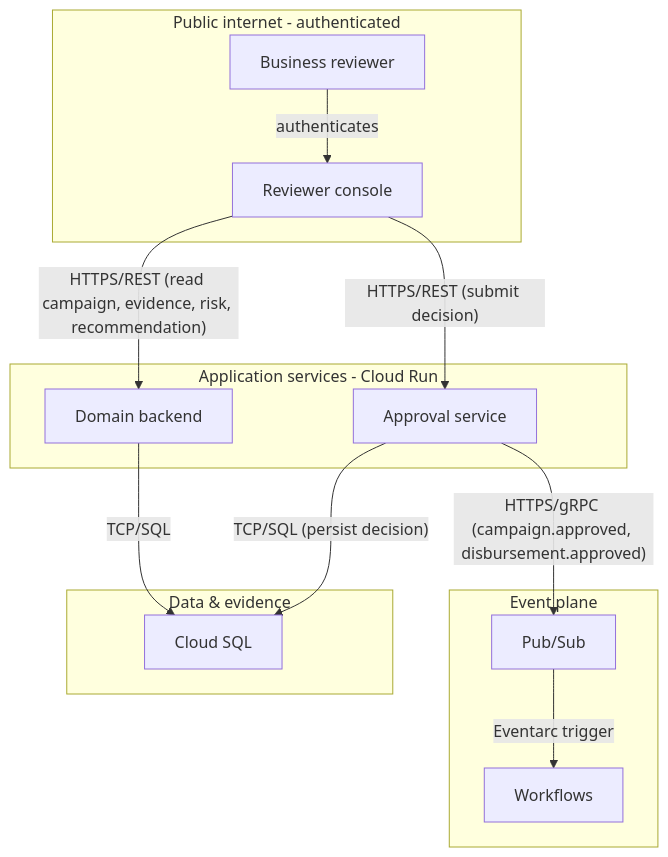
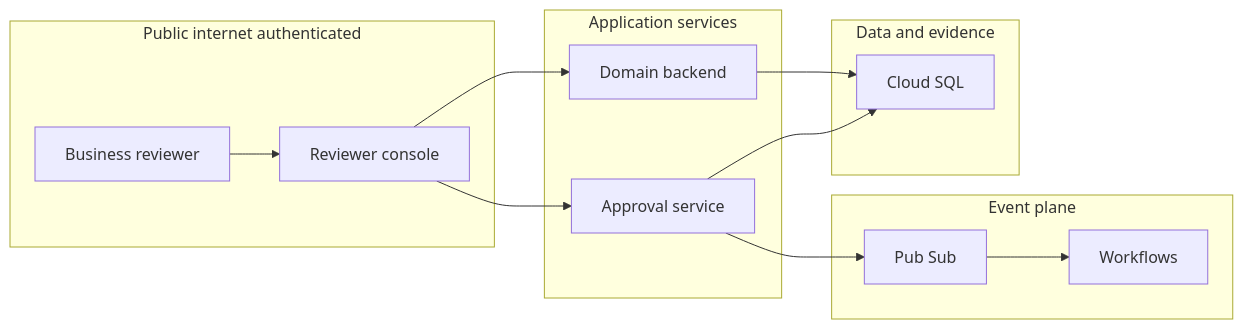
Before and after one commit to eweinmanepam/Documents: the third of 19 diagrams in stableimpact-design.md, drawn with Mermaid. The commit also changed other lines of this file, not shown here.

````diff
--- a/stableimpact-design.md
+++ b/stableimpact-design.md
@@ -159,29 +150,26 @@
 ```mermaid
-flowchart TB
-  subgraph Public[Public internet - authenticated]
+flowchart LR
+  subgraph Public[Public internet authenticated]
     REVIEWER[Business reviewer]
     CONSOLE[Reviewer console]
   end
 
-  subgraph AppSvc[Application services - Cloud Run]
+  subgraph AppSvc[Application services]
+    API[Domain backend]
     APPROVAL[Approval service]
-    API[Domain backend]
   end
 
-  subgraph DataZone[Data & evidence]
+  subgraph DataZone[Data and evidence]
     SQL[Cloud SQL]
   end
 
   subgraph EventZone[Event plane]
-    PS[Pub/Sub]
+    PS[Pub Sub]
     WF[Workflows]
   end
 
-  REVIEWER -- authenticates --> CONSOLE
-  CONSOLE -- HTTPS/REST (read campaign, evidence, risk, recommendation) --> API
-  API -- TCP/SQL --> SQL
-  CONSOLE -- HTTPS/REST (submit decision) --> APPROVAL
-  APPROVAL -- TCP/SQL (persist decision) --> SQL
-  APPROVAL -- HTTPS/gRPC (campaign.approved, disbursement.approved) --> PS
-  PS -- Eventarc trigger --> WF
+  REVIEWER --> CONSOLE
+  CONSOLE --> API --> SQL
+  CONSOLE --> APPROVAL --> SQL
+  APPROVAL --> PS --> WF
 ```
````
